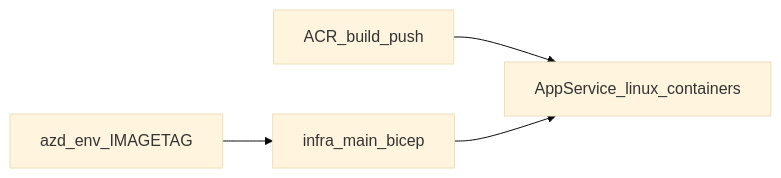
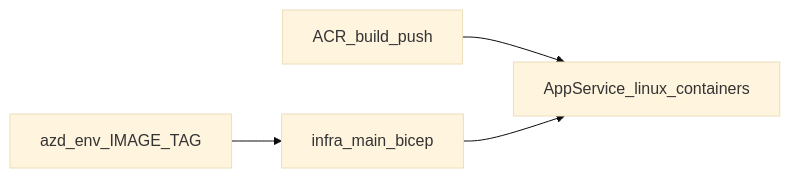
Before and after one commit to chaudhariniraj/NJ-customer-chatbot-solution-accelerator: the diagram in src/separationPlan.md, drawn with Mermaid (base theme). The commit also changed other lines of this file and 19 other files, not shown here.

````diff
--- a/src/separationPlan.md
+++ b/src/separationPlan.md
@@ -354,10 +354,10 @@
 ```mermaid
 flowchart LR
   acr[ACR_build_push]
-  azdEnv[azd_env_IMAGETAG]
+  azdEnv[azd_env_IMAGE_TAG]
   bicep[infra_main_bicep]
   appsvc[AppService_linux_containers]
   acr --> appsvc
   azdEnv --> bicep
   bicep --> appsvc
 ```
````
